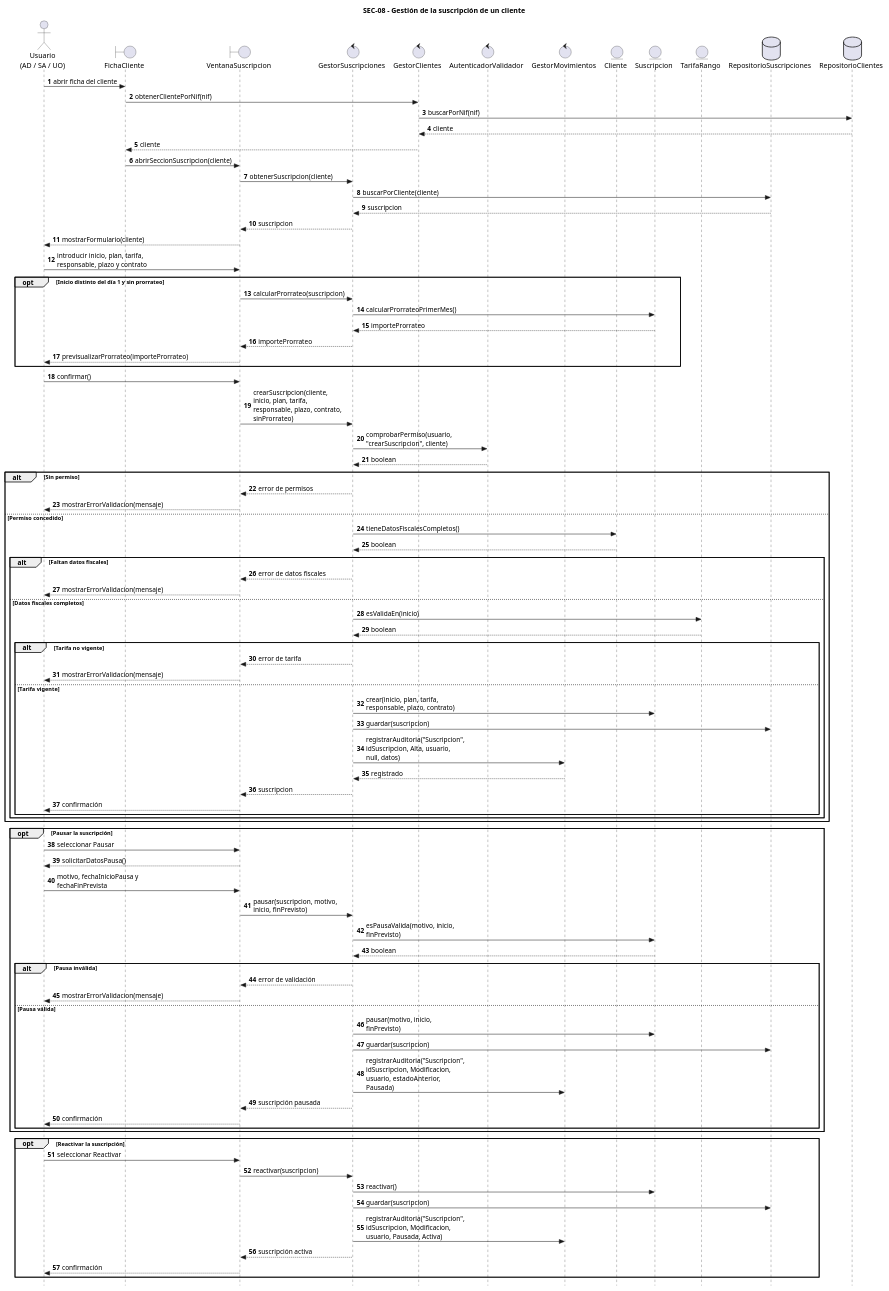
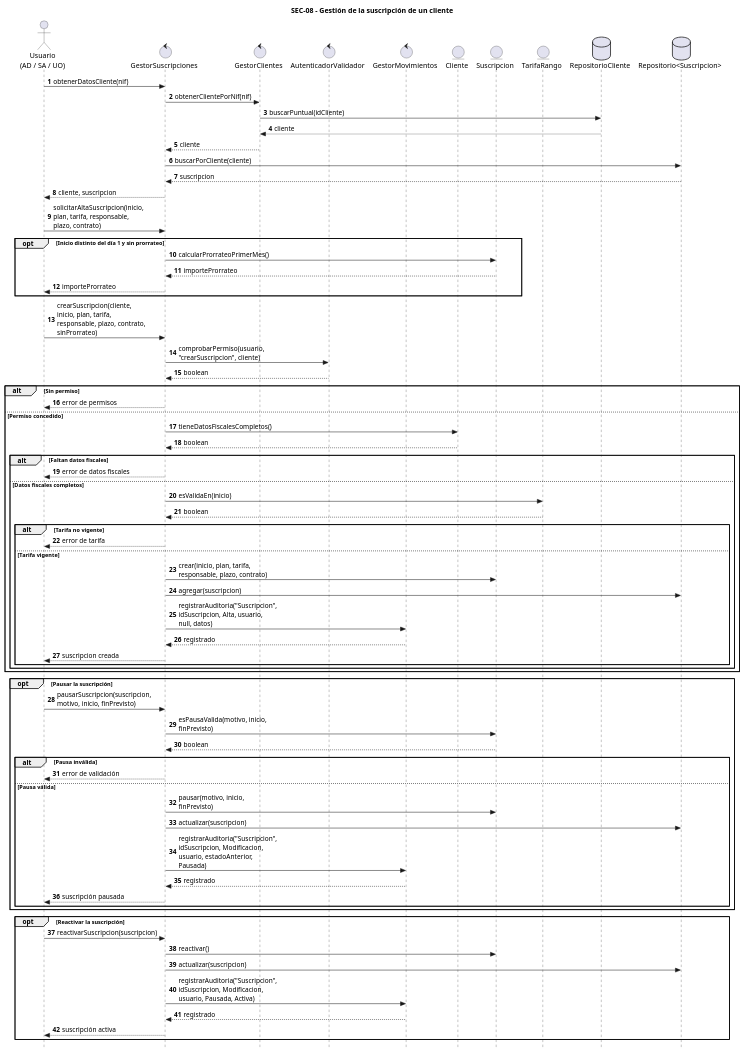
The diagram in entrega2/diagramas/secuencias/CU-08.puml (Vertossse/Elefantes), drawn with PlantUML before and after one commit. The commit also changed 3 other files, not shown here.

First line of the commit message:
ADA Entrega 2: secuencias BLOQUE 2 alineadas al modelo unificado de clases y diagrama de gestores

```diff
--- a/entrega2/diagramas/secuencias/CU-08.puml
+++ b/entrega2/diagramas/secuencias/CU-08.puml
@@ -1,101 +1,84 @@
 @startuml SEC-08
 skinparam style strictuml
 skinparam maxMessageSize 180
 autonumber
 title SEC-08 - Gestión de la suscripción de un cliente
 
 actor "Usuario\n(AD / SA / UO)"     as Usuario
-boundary "FichaCliente"             as Ficha
-boundary "VentanaSuscripcion"       as Ventana
 control "GestorSuscripciones"       as GS
 control "GestorClientes"            as GC
 control "AutenticadorValidador"     as AV
 control "GestorMovimientos"         as GM
 entity "Cliente"                    as Cliente
 entity "Suscripcion"                as Suscripcion
 entity "TarifaRango"                as Tarifa
-database "RepositorioSuscripciones" as RS
-database "RepositorioClientes"      as RC
+database "RepositorioCliente"       as RC
+database "Repositorio<Suscripcion>" as RS
 
-Usuario -> Ficha : abrir ficha del cliente
-Ficha -> GC : obtenerClientePorNif(nif)
-GC -> RC : buscarPorNif(nif)
+Usuario -> GS : obtenerDatosCliente(nif)
+GS -> GC : obtenerClientePorNif(nif)
+GC -> RC : buscarPuntual(idCliente)
 RC --> GC : cliente
-GC --> Ficha : cliente
-Ficha -> Ventana : abrirSeccionSuscripcion(cliente)
-Ventana -> GS : obtenerSuscripcion(cliente)
+GC --> GS : cliente
 GS -> RS : buscarPorCliente(cliente)
 RS --> GS : suscripcion
-GS --> Ventana : suscripcion
-Ventana --> Usuario : mostrarFormulario(cliente)
+GS --> Usuario : cliente, suscripcion
 
-Usuario -> Ventana : introducir inicio, plan, tarifa, responsable, plazo y contrato
+Usuario -> GS : solicitarAltaSuscripcion(inicio, plan, tarifa, responsable, plazo, contrato)
 opt Inicio distinto del día 1 y sin prorrateo
-  Ventana -> GS : calcularProrrateo(suscripcion)
   GS -> Suscripcion : calcularProrrateoPrimerMes()
   Suscripcion --> GS : importeProrrateo
-  GS --> Ventana : importeProrrateo
-  Ventana --> Usuario : previsualizarProrrateo(importeProrrateo)
+  GS --> Usuario : importeProrrateo
 end
 
-Usuario -> Ventana : confirmar()
-Ventana -> GS : crearSuscripcion(cliente, inicio, plan, tarifa, responsable, plazo, contrato, sinProrrateo)
+Usuario -> GS : crearSuscripcion(cliente, inicio, plan, tarifa, responsable, plazo, contrato, sinProrrateo)
 GS -> AV : comprobarPermiso(usuario, "crearSuscripcion", cliente)
 AV --> GS : boolean
 
 alt Sin permiso
-  GS --> Ventana : error de permisos
-  Ventana --> Usuario : mostrarErrorValidacion(mensaje)
+  GS --> Usuario : error de permisos
 else Permiso concedido
   GS -> Cliente : tieneDatosFiscalesCompletos()
   Cliente --> GS : boolean
   alt Faltan datos fiscales
-    GS --> Ventana : error de datos fiscales
-    Ventana --> Usuario : mostrarErrorValidacion(mensaje)
+    GS --> Usuario : error de datos fiscales
   else Datos fiscales completos
     GS -> Tarifa : esValidaEn(inicio)
     Tarifa --> GS : boolean
     alt Tarifa no vigente
-      GS --> Ventana : error de tarifa
-      Ventana --> Usuario : mostrarErrorValidacion(mensaje)
+      GS --> Usuario : error de tarifa
     else Tarifa vigente
       GS -> Suscripcion : crear(inicio, plan, tarifa, responsable, plazo, contrato)
-      GS -> RS : guardar(suscripcion)
+      GS -> RS : agregar(suscripcion)
       GS -> GM : registrarAuditoria("Suscripcion", idSuscripcion, Alta, usuario, null, datos)
       GM --> GS : registrado
-      GS --> Ventana : suscripcion
-      Ventana --> Usuario : confirmación
+      GS --> Usuario : suscripcion creada
     end
   end
 end
 
 opt Pausar la suscripción
-  Usuario -> Ventana : seleccionar Pausar
-  Ventana --> Usuario : solicitarDatosPausa()
-  Usuario -> Ventana : motivo, fechaInicioPausa y fechaFinPrevista
-  Ventana -> GS : pausar(suscripcion, motivo, inicio, finPrevisto)
+  Usuario -> GS : pausarSuscripcion(suscripcion, motivo, inicio, finPrevisto)
   GS -> Suscripcion : esPausaValida(motivo, inicio, finPrevisto)
   Suscripcion --> GS : boolean
   alt Pausa inválida
-    GS --> Ventana : error de validación
-    Ventana --> Usuario : mostrarErrorValidacion(mensaje)
+    GS --> Usuario : error de validación
   else Pausa válida
     GS -> Suscripcion : pausar(motivo, inicio, finPrevisto)
-    GS -> RS : guardar(suscripcion)
+    GS -> RS : actualizar(suscripcion)
     GS -> GM : registrarAuditoria("Suscripcion", idSuscripcion, Modificacion, usuario, estadoAnterior, Pausada)
-    GS --> Ventana : suscripción pausada
-    Ventana --> Usuario : confirmación
+    GM --> GS : registrado
+    GS --> Usuario : suscripción pausada
   end
 end
 
 opt Reactivar la suscripción
-  Usuario -> Ventana : seleccionar Reactivar
-  Ventana -> GS : reactivar(suscripcion)
+  Usuario -> GS : reactivarSuscripcion(suscripcion)
   GS -> Suscripcion : reactivar()
-  GS -> RS : guardar(suscripcion)
+  GS -> RS : actualizar(suscripcion)
   GS -> GM : registrarAuditoria("Suscripcion", idSuscripcion, Modificacion, usuario, Pausada, Activa)
-  GS --> Ventana : suscripción activa
-  Ventana --> Usuario : confirmación
+  GM --> GS : registrado
+  GS --> Usuario : suscripción activa
 end
 
 @enduml
```
